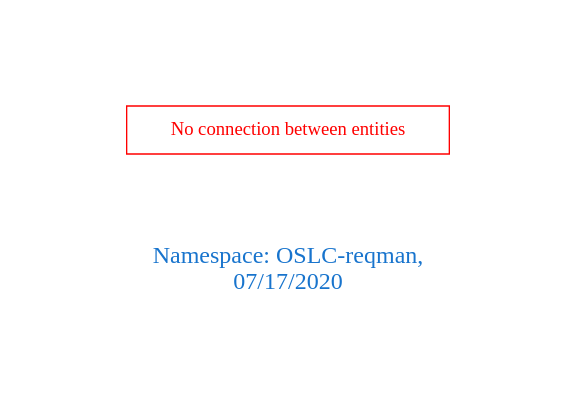
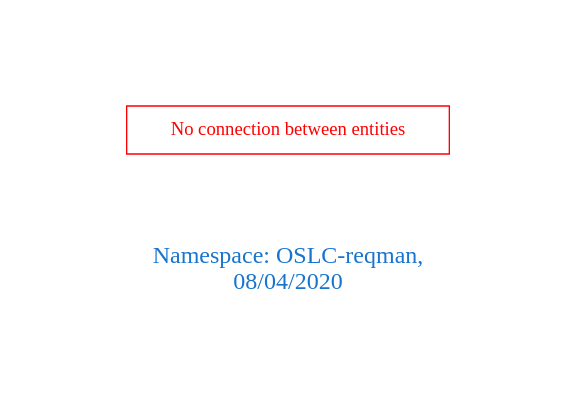
The diagram in downloads/OSLC-reqman.dot (arago/OGIT), drawn with Graphviz before and after one commit. The commit also changed 1760 other files, not shown here.

```diff
--- a/downloads/OSLC-reqman.dot
+++ b/downloads/OSLC-reqman.dot
@@ -1,9 +1,9 @@
 digraph OGIT_ontology {
  graph [ rankdir= LR,pad=1 
 fontsize = 18,
-fontcolor= dodgerblue3,label = "\n\n\nNamespace: OSLC-reqman, \n 07/17/2020"];
+fontcolor= dodgerblue3,label = "\n\n\nNamespace: OSLC-reqman, \n 08/04/2020"];
 node[shape=polygon];
 edge [  color="gray81"];
 
 "No connection between entities" [fontcolor = "red",color="red", shape="polygon"]
 }
```
